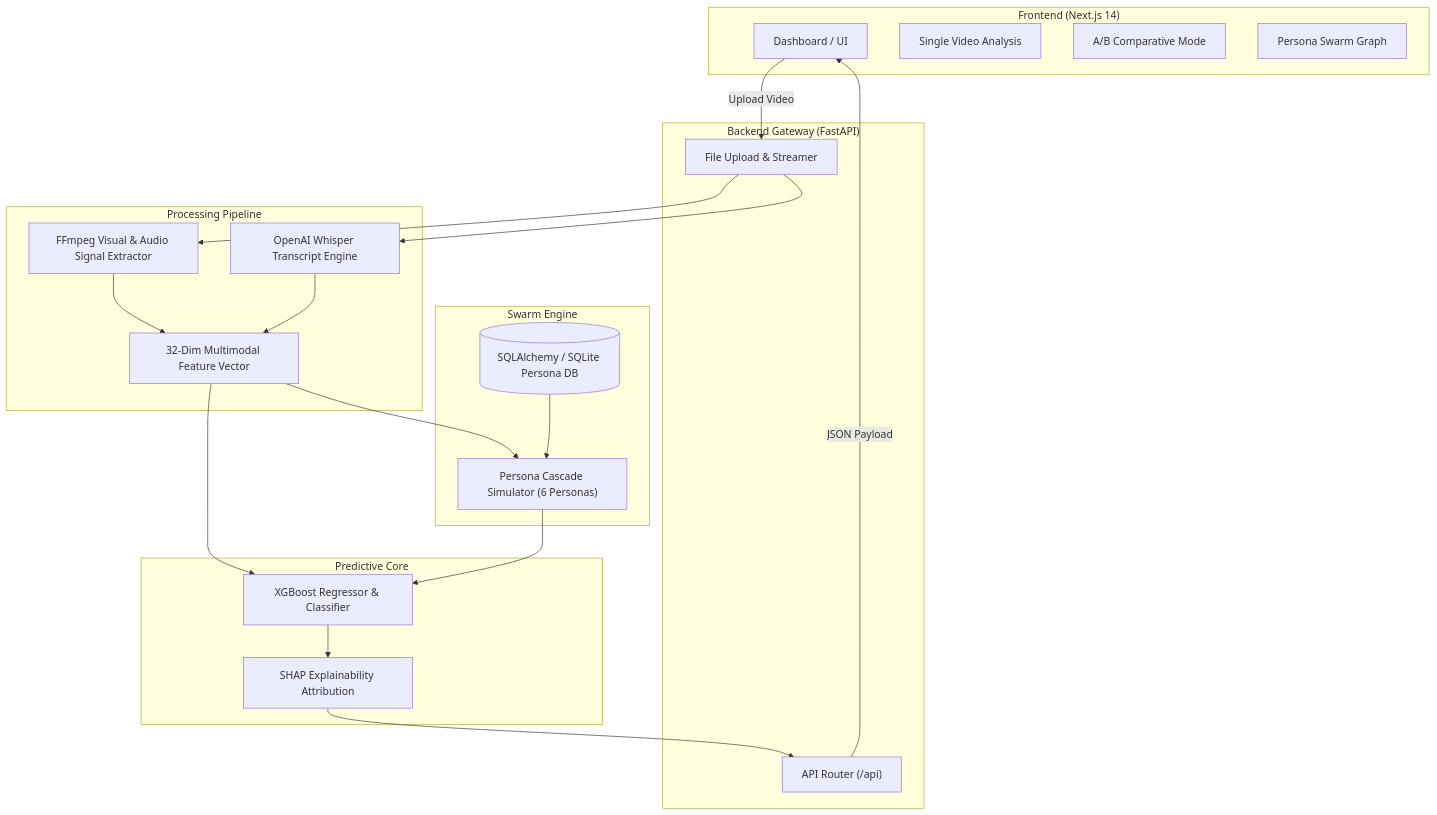
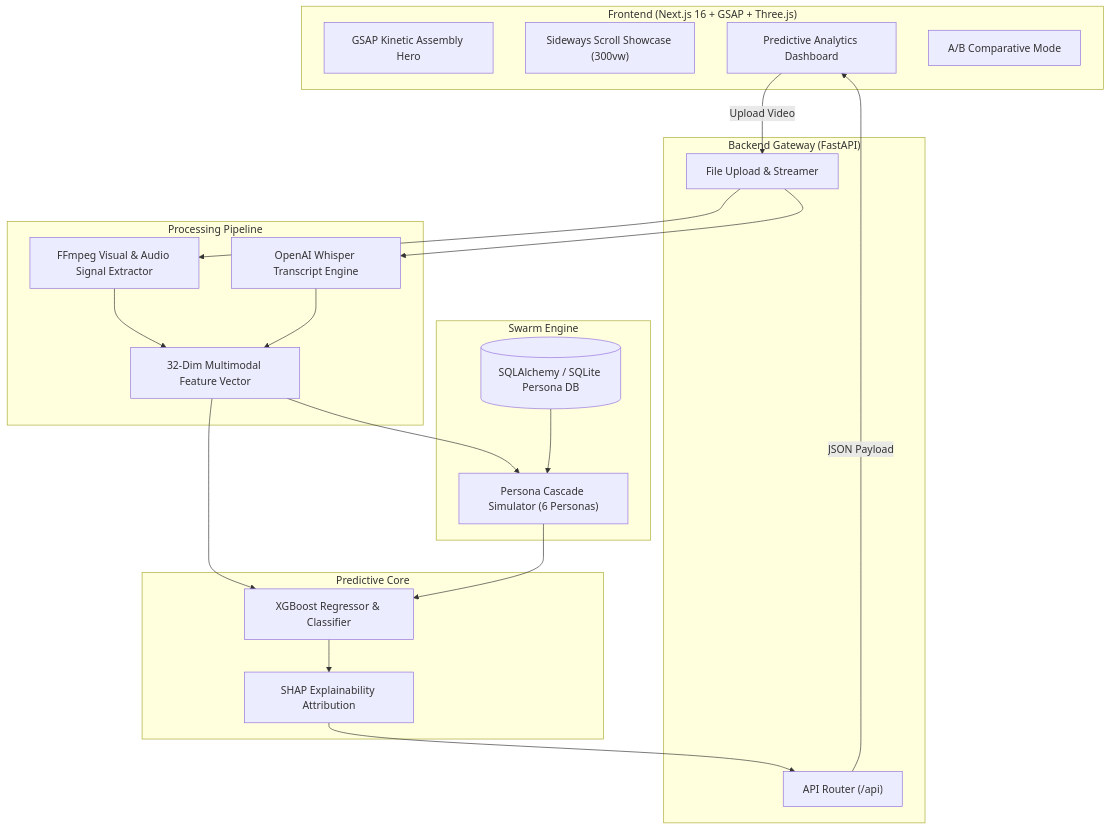
Before and after one commit to Rajmund09/VIRALYTIX: the first of 2 diagrams in README.md, drawn with Mermaid. The commit also changed other lines of this file, not shown here.

Commit message:
docs(readme): update system architecture and GSAP showcase features in README

````diff
--- a/README.md
+++ b/README.md
@@ -59,41 +77,41 @@
 ```mermaid
 flowchart TD
-    subgraph Client ["Frontend (Next.js 14)"]
-        UI["Dashboard / UI"]
-        SingleView["Single Video Analysis"]
+    subgraph Client ["Frontend (Next.js 16 + GSAP + Three.js)"]
+        HeroUI["GSAP Kinetic Assembly Hero"]
+        HorizontalUI["Sideways Scroll Showcase (300vw)"]
+        Dashboard["Predictive Analytics Dashboard"]
         ABView["A/B Comparative Mode"]
-        SwarmUI["Persona Swarm Graph"]
     end
 
     subgraph API ["Backend Gateway (FastAPI)"]
         Router["API Router (/api)"]
         UploadHandler["File Upload & Streamer"]
     end
 
     subgraph Pipeline ["Processing Pipeline"]
         FFmpeg["FFmpeg Visual & Audio Signal Extractor"]
         Whisper["OpenAI Whisper Transcript Engine"]
         FeatureVector["32-Dim Multimodal Feature Vector"]
     end
 
     subgraph Simulation ["Swarm Engine"]
         PersonaDB[("SQLAlchemy / SQLite Persona DB")]
         CascadeSim["Persona Cascade Simulator (6 Personas)"]
     end
 
     subgraph ML ["Predictive Core"]
         XGBoost["XGBoost Regressor & Classifier"]
         SHAPEngine["SHAP Explainability Attribution"]
     end
 
-    UI -->|Upload Video| UploadHandler
+    Dashboard -->|Upload Video| UploadHandler
     UploadHandler --> FFmpeg
     UploadHandler --> Whisper
     FFmpeg & Whisper --> FeatureVector
     FeatureVector --> CascadeSim
     PersonaDB --> CascadeSim
     FeatureVector & CascadeSim --> XGBoost
     XGBoost --> SHAPEngine
     SHAPEngine --> Router
-    Router -->|JSON Payload| UI
+    Router -->|JSON Payload| Dashboard
 ```
````
